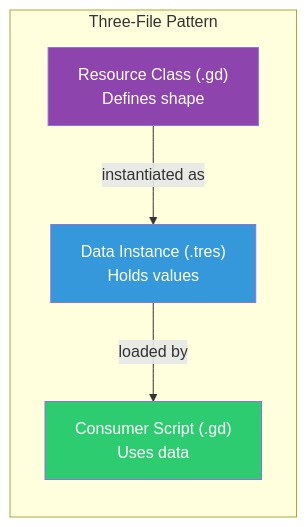
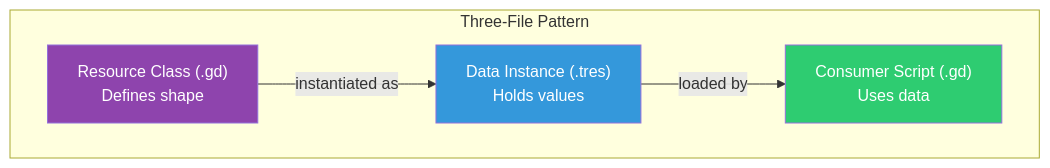
Before and after one commit to Jorge-D-Robles/gemini-fantasy: the first of 2 diagrams in tutorial/13_part_iii_review.md, drawn with Mermaid. The commit also changed other lines of this file and 24 other files, not shown here.

Commit message:
Refine tutorial Mermaid diagrams

````diff
--- a/tutorial/13_part_iii_review.md
+++ b/tutorial/13_part_iii_review.md
@@ -47,15 +47,15 @@
 ```mermaid
-graph LR
+graph TD
     subgraph "Three-File Pattern"
         Class["Resource Class (.gd)\nDefines shape"]
         Data["Data Instance (.tres)\nHolds values"]
         Consumer["Consumer Script (.gd)\nUses data"]
     end
 
     Class --> |"instantiated as"| Data
     Data --> |"loaded by"| Consumer
 
     style Class fill:#8e44ad,color:#fff
     style Data fill:#3498db,color:#fff
     style Consumer fill:#2ecc71,color:#fff
 ```
````
